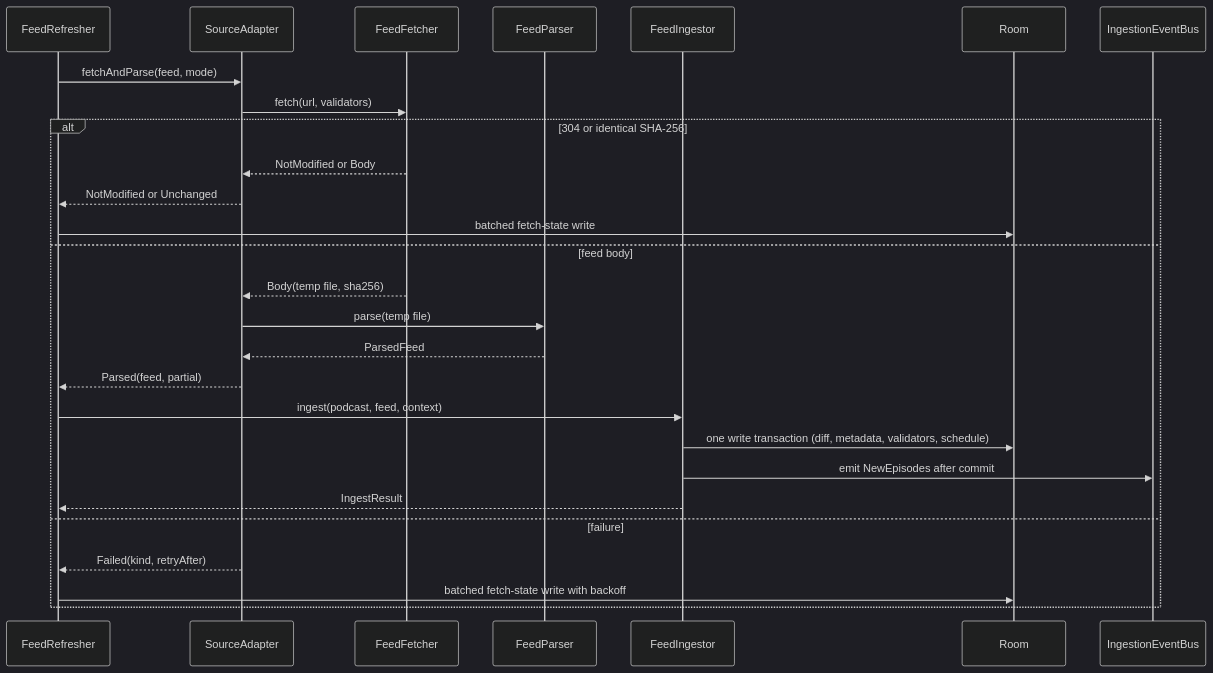
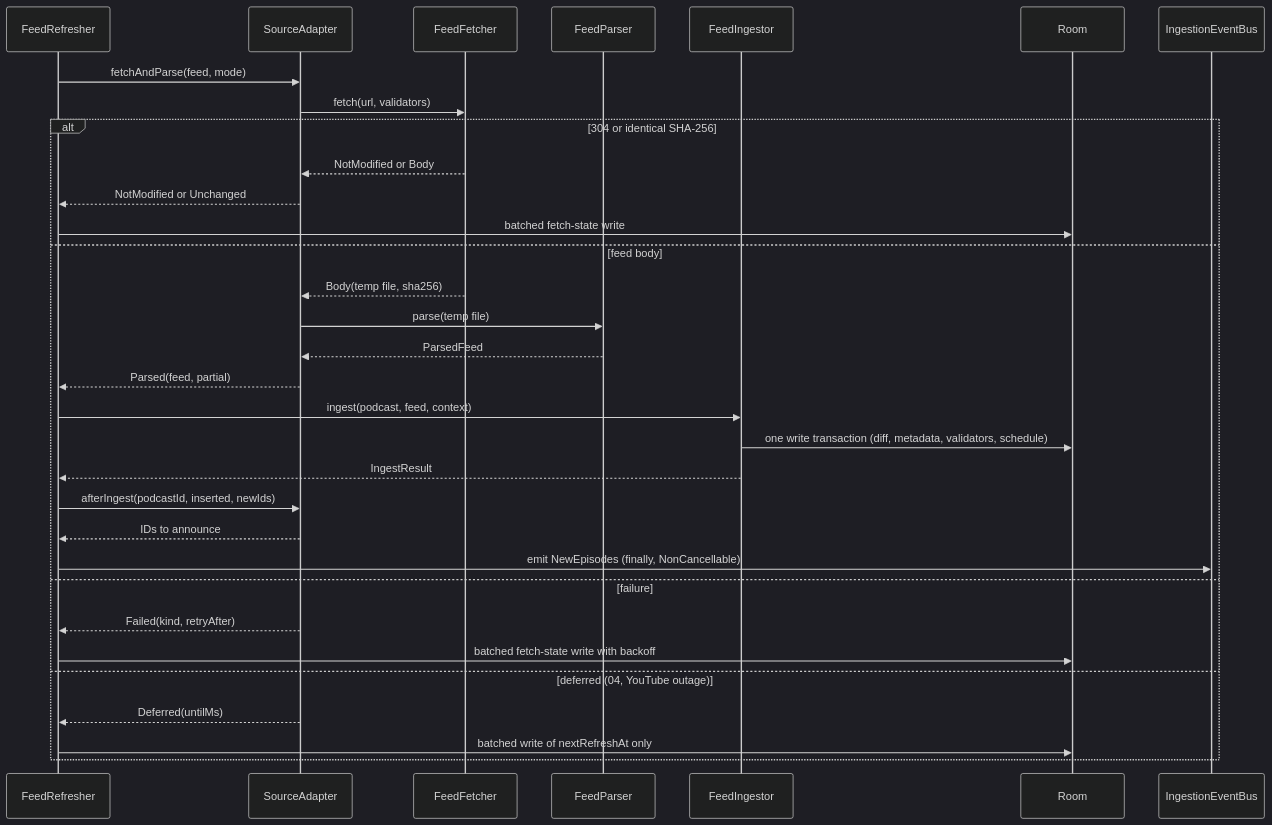
One commit to BigBoyDevBox/Neutrodyne changed the second of 5 diagrams in docs/design/03-feeds-and-discovery.md. Above: the diagram before and after it, drawn with Mermaid (dark theme). The commit also changed other lines of this file and 1 other file, not shown here.

````diff
--- a/docs/design/03-feeds-and-discovery.md
+++ b/docs/design/03-feeds-and-discovery.md
@@ -503,29 +519,34 @@
 ```mermaid
 sequenceDiagram
   participant E as FeedRefresher
   participant A as SourceAdapter
   participant F as FeedFetcher
   participant P as FeedParser
   participant I as FeedIngestor
   participant DB as Room
   participant B as IngestionEventBus
   E->>A: fetchAndParse(feed, mode)
   A->>F: fetch(url, validators)
   alt 304 or identical SHA-256
     F-->>A: NotModified or Body
     A-->>E: NotModified or Unchanged
     E->>DB: batched fetch-state write
   else feed body
     F-->>A: Body(temp file, sha256)
     A->>P: parse(temp file)
     P-->>A: ParsedFeed
     A-->>E: Parsed(feed, partial)
     E->>I: ingest(podcast, feed, context)
     I->>DB: one write transaction (diff, metadata, validators, schedule)
-    I->>B: emit NewEpisodes after commit
     I-->>E: IngestResult
+    E->>A: afterIngest(podcastId, inserted, newIds)
+    A-->>E: IDs to announce
+    E->>B: emit NewEpisodes (finally, NonCancellable)
   else failure
     A-->>E: Failed(kind, retryAfter)
     E->>DB: batched fetch-state write with backoff
+  else deferred (04, YouTube outage)
+    A-->>E: Deferred(untilMs)
+    E->>DB: batched write of nextRefreshAt only
   end
 ```
````
